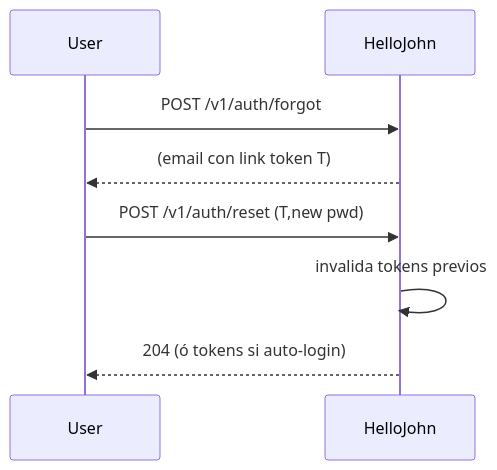
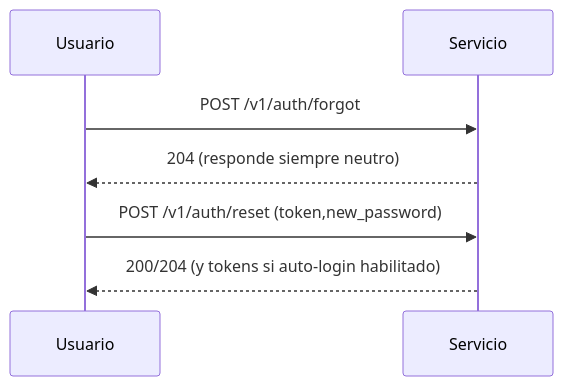
The sixth of 9 diagrams in README.md (dropDatabas3/hellojohn), drawn with Mermaid before and after one commit. The commit also changed other lines of this file and 30 other files, not shown here.

````diff
--- a/README.md
+++ b/README.md
@@ -187,10 +151,9 @@
 ```mermaid
 sequenceDiagram
-participant U as User
-participant S as HelloJohn
+participant U as Usuario
+participant S as Servicio
 U->>S: POST /v1/auth/forgot
-S-->>U: (email con link token T)
-U->>S: POST /v1/auth/reset (T,new pwd)
-S->>S: invalida tokens previos
-S-->>U: 204 (ó tokens si auto-login)
+S-->>U: 204 (responde siempre neutro)
+U->>S: POST /v1/auth/reset (token,new_password)
+S-->>U: 200/204 (y tokens si auto-login habilitado)
 ```
````
